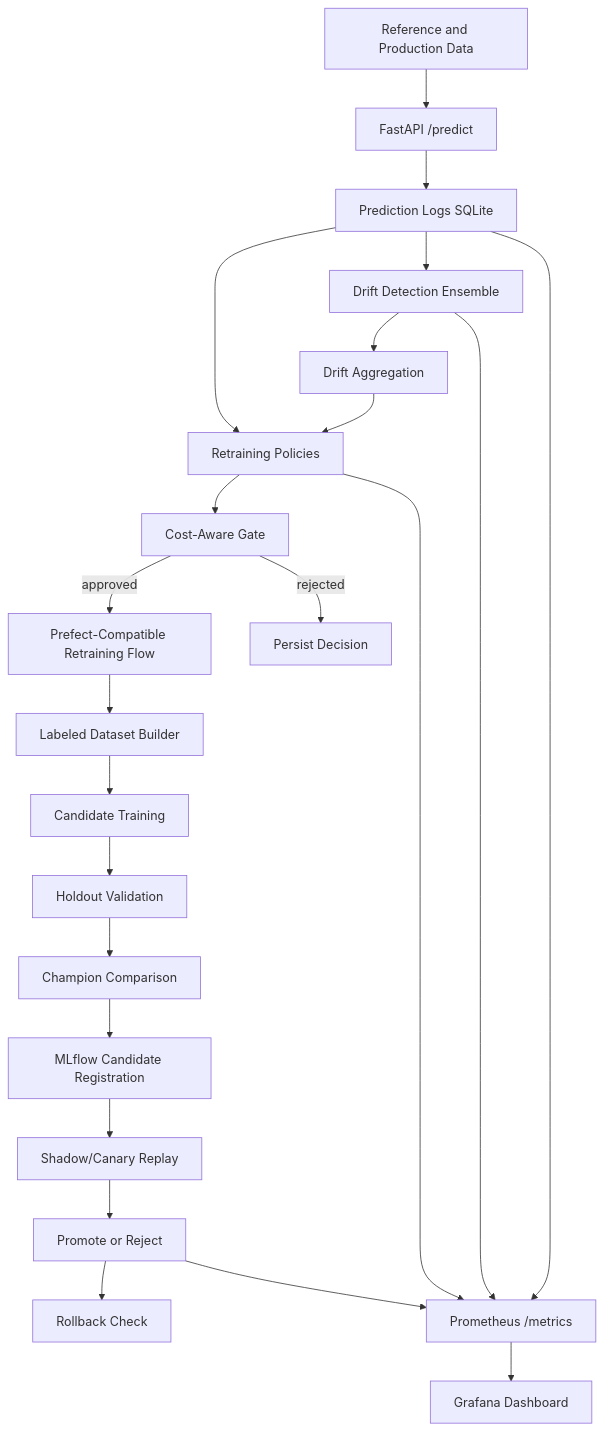
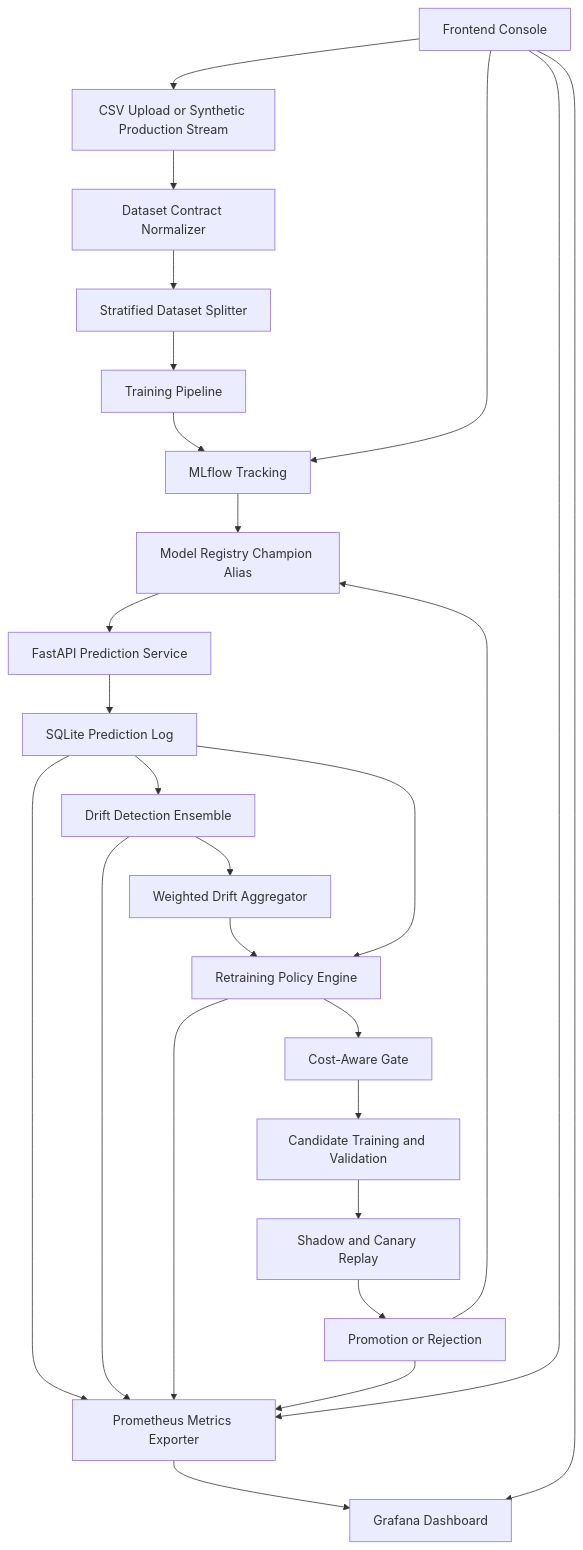
Before and after one commit to abhyuday25/Production-ML-Monitoring-Auto-Retraining-Pipeline: the diagram in README.md, drawn with Mermaid. The commit also changed other lines of this file and 1 other file, not shown here.

````diff
--- a/README.md
+++ b/README.md
@@ -16,25 +60,28 @@
 ```mermaid
 flowchart TD
-    A[Reference and Production Data] --> B[FastAPI /predict]
-    B --> C[Prediction Logs SQLite]
-    C --> D[Drift Detection Ensemble]
-    D --> E[Drift Aggregation]
-    E --> F[Retraining Policies]
-    C --> F
-    F --> G[Cost-Aware Gate]
-    G -->|approved| H[Prefect-Compatible Retraining Flow]
-    G -->|rejected| I[Persist Decision]
-    H --> J[Labeled Dataset Builder]
-    J --> K[Candidate Training]
-    K --> L[Holdout Validation]
-    L --> M[Champion Comparison]
-    M --> N[MLflow Candidate Registration]
-    N --> O[Shadow/Canary Replay]
-    O --> P[Promote or Reject]
-    P --> Q[Rollback Check]
-    C --> R[Prometheus /metrics]
-    D --> R
-    F --> R
-    P --> R
-    R --> S[Grafana Dashboard]
+    A[CSV Upload or Synthetic Production Stream] --> B[Dataset Contract Normalizer]
+    B --> C[Stratified Dataset Splitter]
+    C --> D[Training Pipeline]
+    D --> E[MLflow Tracking]
+    E --> F[Model Registry Champion Alias]
+    F --> G[FastAPI Prediction Service]
+    G --> H[SQLite Prediction Log]
+    H --> I[Prometheus Metrics Exporter]
+    H --> J[Drift Detection Ensemble]
+    J --> K[Weighted Drift Aggregator]
+    K --> L[Retraining Policy Engine]
+    H --> L
+    L --> M[Cost-Aware Gate]
+    M --> N[Candidate Training and Validation]
+    N --> O[Shadow and Canary Replay]
+    O --> P[Promotion or Rejection]
+    P --> F
+    I --> Q[Grafana Dashboard]
+    J --> I
+    L --> I
+    P --> I
+    R[Frontend Console] --> A
+    R --> I
+    R --> Q
+    R --> E
 ```
````
